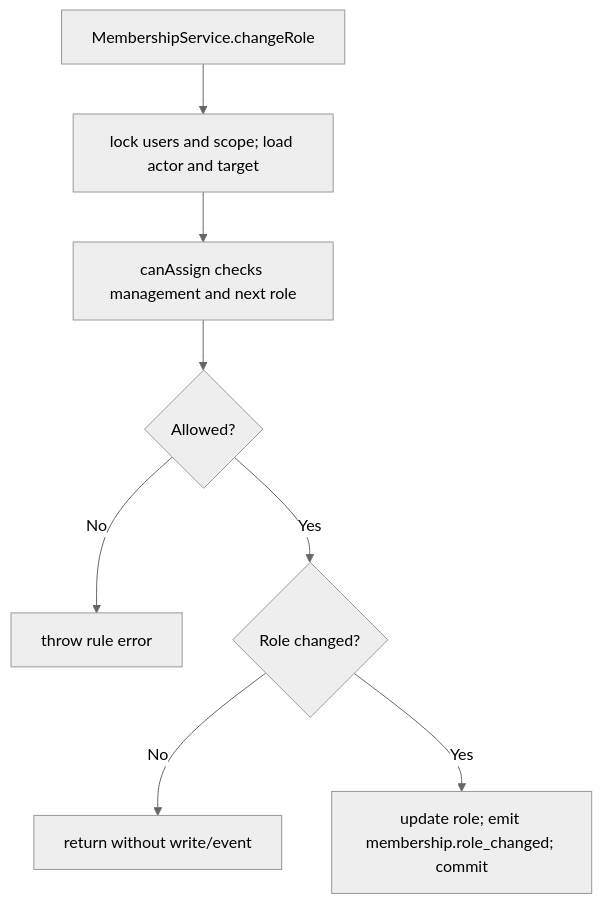
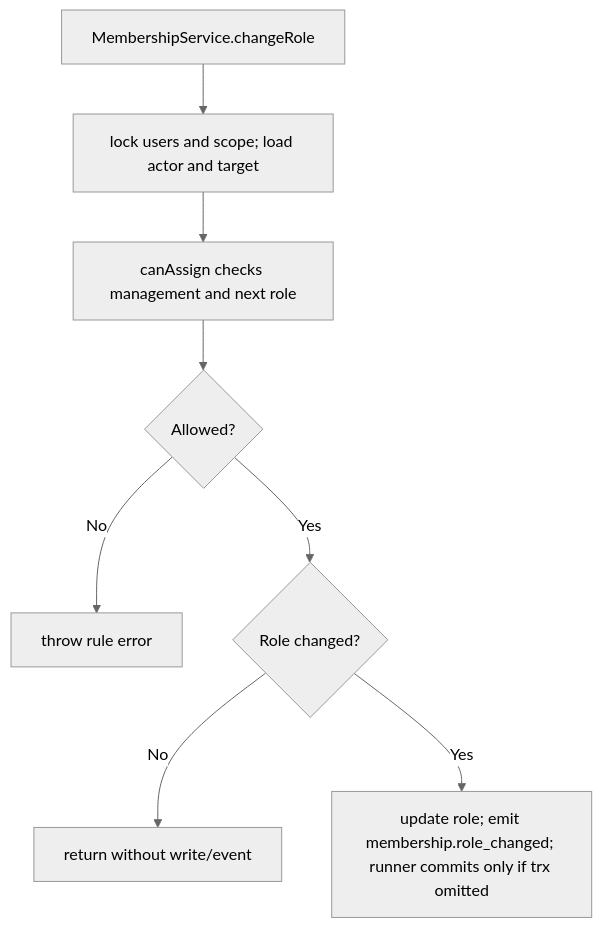
Before and after one commit to Kevinjohn/oss-adonisjs-access-control: the second of 2 diagrams in user-stories/US-ACCESS-04-change-member-role.md, drawn with Mermaid (neutral theme). The commit also changed other lines of this file and 7 other files, not shown here.

Commit message:
docs: correct catalogue behavior and recovery flows

````diff
--- a/user-stories/US-ACCESS-04-change-member-role.md
+++ b/user-stories/US-ACCESS-04-change-member-role.md
@@ -31,10 +31,10 @@
 ```mermaid
 flowchart TD
     A["MembershipService.changeRole"] --> B["lock users and scope; load actor and target"]
     B --> C["canAssign checks management and next role"]
     C --> D{"Allowed?"}
     D -->|No| E["throw rule error"]
     D -->|Yes| F{"Role changed?"}
     F -->|No| G["return without write/event"]
-    F -->|Yes| H["update role; emit membership.role_changed; commit"]
+    F -->|Yes| H["update role; emit membership.role_changed; runner commits only if trx omitted"]
 ```
````
